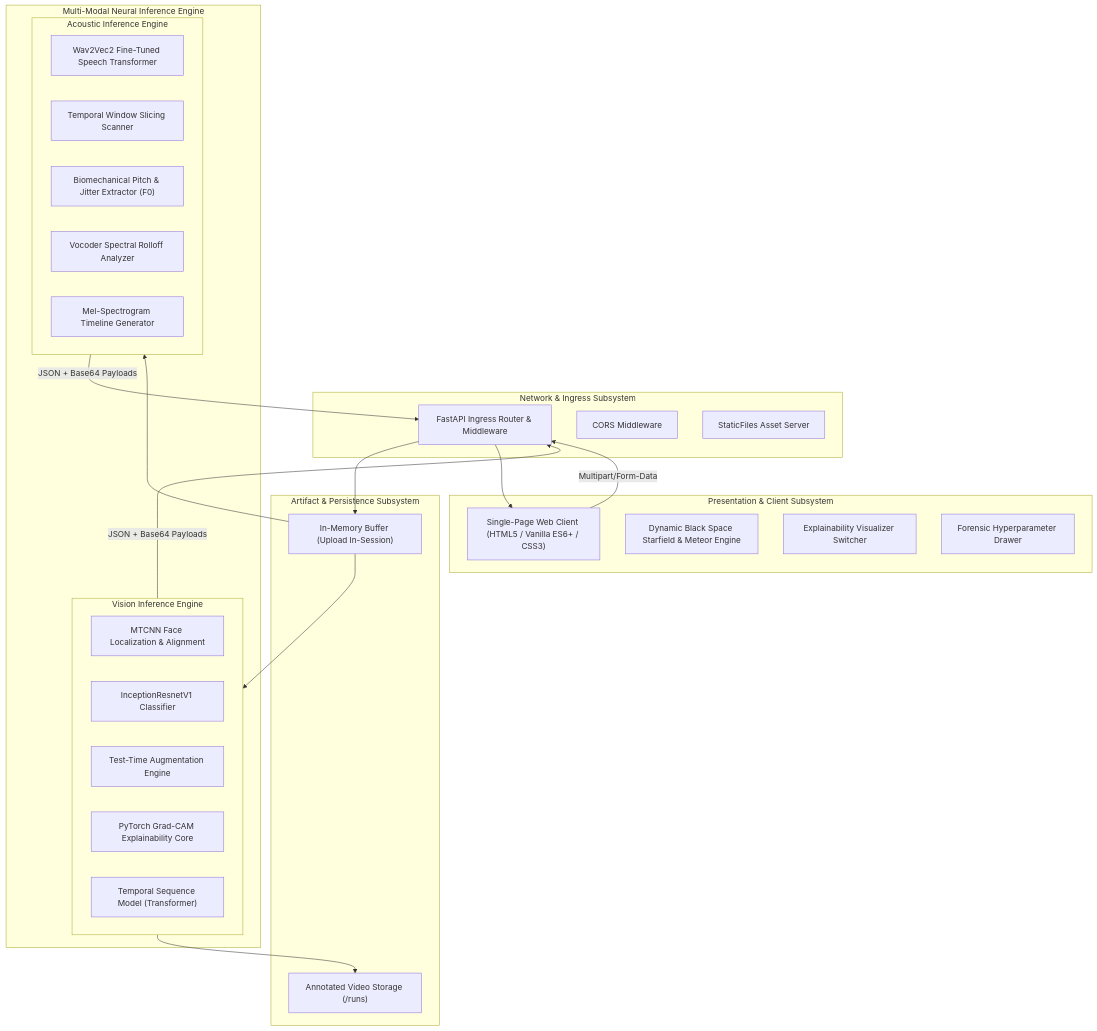
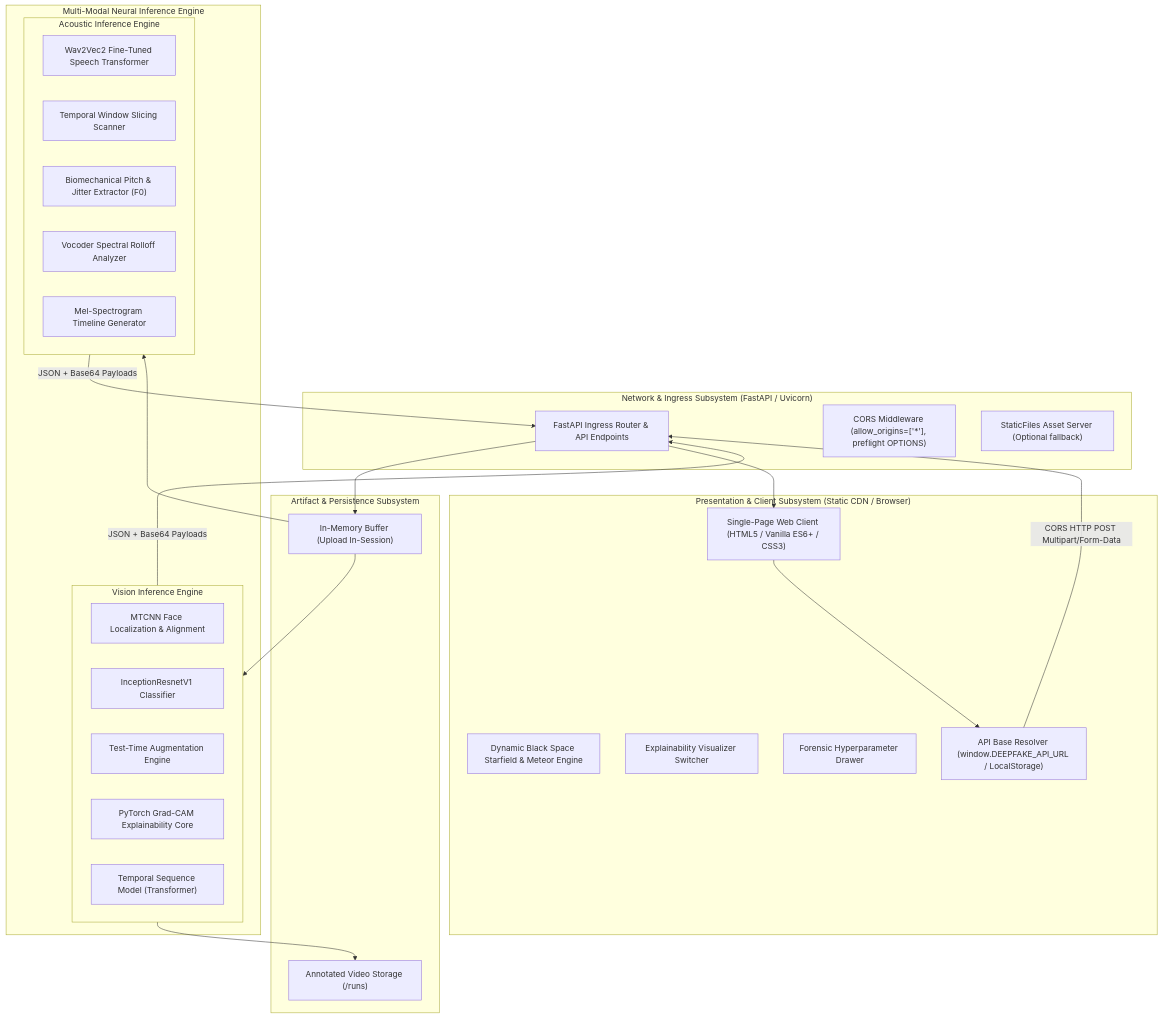
Before and after one commit to Chamansengar/Deepfake_detection_Web: the first of 6 diagrams in ARCHITECTURE.md, drawn with Mermaid. The commit also changed other lines of this file and 24 other files, not shown here.

````diff
--- a/ARCHITECTURE.md
+++ b/ARCHITECTURE.md
@@ -11,46 +11,48 @@
 ```mermaid
 graph TB
-    subgraph Client_Boundary["Presentation & Client Subsystem"]
+    subgraph Client_Boundary["Presentation & Client Subsystem (Static CDN / Browser)"]
         SPA["Single-Page Web Client (HTML5 / Vanilla ES6+ / CSS3)"]
         CANVAS_SYS["Dynamic Black Space Starfield & Meteor Engine"]
         VIS_SWITCH["Explainability Visualizer Switcher"]
         SETTINGS_DRAWER["Forensic Hyperparameter Drawer"]
+        API_CONFIG["API Base Resolver (window.DEEPFAKE_API_URL / LocalStorage)"]
     end
 
-    subgraph Transport_Boundary["Network & Ingress Subsystem"]
-        FASTAPI["FastAPI Ingress Router & Middleware"]
-        CORS["CORS Middleware"]
-        STATIC_SRV["StaticFiles Asset Server"]
+    subgraph Transport_Boundary["Network & Ingress Subsystem (FastAPI / Uvicorn)"]
+        FASTAPI["FastAPI Ingress Router & API Endpoints"]
+        CORS["CORS Middleware (allow_origins=['*'], preflight OPTIONS)"]
+        STATIC_SRV["StaticFiles Asset Server (Optional fallback)"]
     end
 
     subgraph Compute_Boundary["Multi-Modal Neural Inference Engine"]
         subgraph Vision_Subsystem["Vision Inference Engine"]
             MTCNN_CORE["MTCNN Face Localization & Alignment"]
             INCEPTION_CORE["InceptionResnetV1 Classifier"]
             TTA_CORE["Test-Time Augmentation Engine"]
             GRADCAM_CORE["PyTorch Grad-CAM Explainability Core"]
             TEMPORAL_CORE["Temporal Sequence Model (Transformer)"]
         end
 
         subgraph Audio_Subsystem["Acoustic Inference Engine"]
             W2V_CORE["Wav2Vec2 Fine-Tuned Speech Transformer"]
             SLIDING_WINDOW["Temporal Window Slicing Scanner"]
             PITCH_CORE["Biomechanical Pitch & Jitter Extractor (F0)"]
             VOCODER_CORE["Vocoder Spectral Rolloff Analyzer"]
             SPECTRO_GEN["Mel-Spectrogram Timeline Generator"]
         end
     end
 
     subgraph Storage_Boundary["Artifact & Persistence Subsystem"]
         TEMP_MEM["In-Memory Buffer (Upload In-Session)"]
         RUNS_DIR["Annotated Video Storage (/runs)"]
     end
 
-    SPA -->|Multipart/Form-Data| FASTAPI
+    SPA --> API_CONFIG
+    API_CONFIG -->|CORS HTTP POST Multipart/Form-Data| FASTAPI
     FASTAPI --> TEMP_MEM
     TEMP_MEM --> Vision_Subsystem
     TEMP_MEM --> Audio_Subsystem
     Vision_Subsystem --> RUNS_DIR
     Vision_Subsystem & Audio_Subsystem -->|JSON + Base64 Payloads| FASTAPI
     FASTAPI --> SPA
 ```
````
